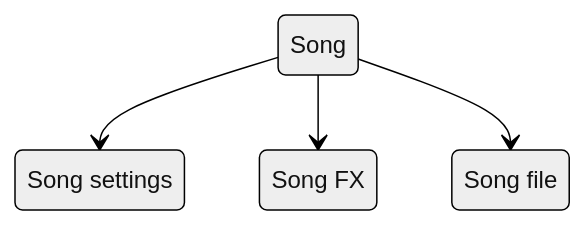
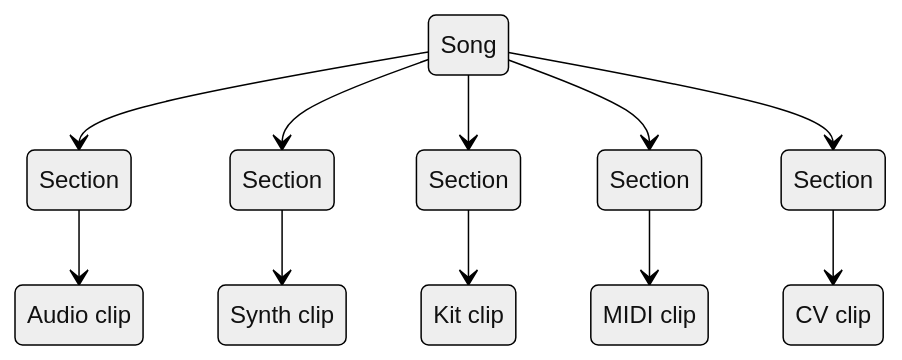
Before and after one commit to SynthstromAudible/DelugeFirmware: the sixth of 16 diagrams in website/src/content/docs/manual/introduction/concepts.mdx, drawn with Mermaid (neutral theme). The commit also changed other lines of this file and 1 other file, not shown here.

````diff
--- a/website/src/content/docs/manual/introduction/concepts.mdx
+++ b/website/src/content/docs/manual/introduction/concepts.mdx
@@ -168,10 +205,25 @@
 ```mermaid
 stateDiagram-v2
-  Song --> SongSettings
-  Song --> SongFX
-  Song --> SongFile
+  Song --> Section1
+  Song --> Section2
+  Song --> Section3
+  Song --> Section4
+  Song --> Section5
+  Section1 --> AudioClip
+  Section2 --> SynthClip
+  Section3 --> KitClip
+  Section4 --> MIDIClip
+  Section5 --> CVClip
 
-  SongSettings: Song settings
-  SongFX: Song FX
-  SongFile: Song file
+  Section1: Section
+  Section2: Section
+  Section3: Section
+  Section4: Section
+  Section5: Section
+
+  AudioClip: Audio clip
+  SynthClip: Synth clip
+  KitClip: Kit clip
+  MIDIClip: MIDI clip
+  CVClip: CV clip
 ```
````
